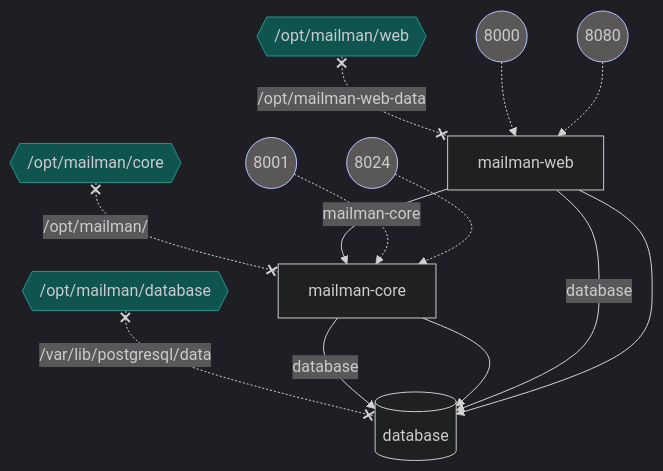
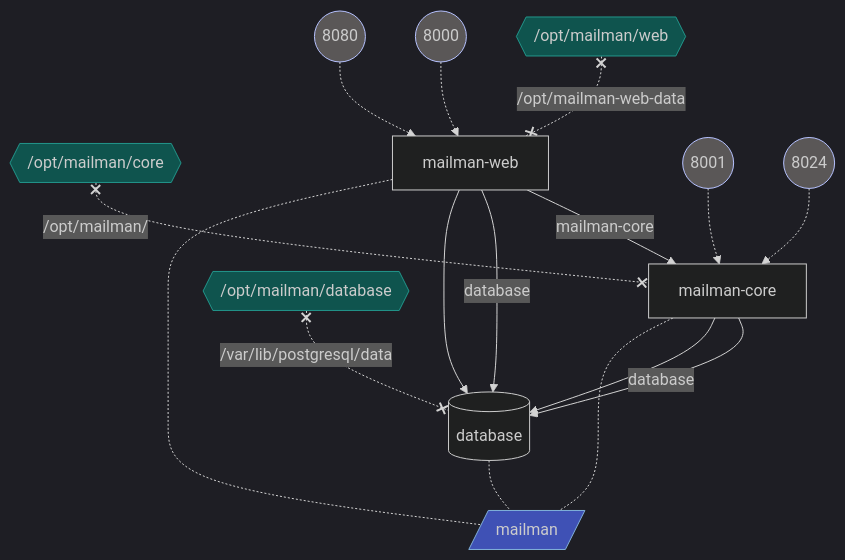
One commit to derlin/docker-compose-viz-mermaid changed the diagram in docs/_includes/generated/mailman-dark.md. Above: the diagram before and after it, drawn with Mermaid. The commit also changed 43 other files, not shown here.

````diff
--- a/docs/_includes/generated/mailman-dark.md
+++ b/docs/_includes/generated/mailman-dark.md
@@ -1,21 +1,26 @@
 ```mermaid
 %%{init: {'theme': 'dark'}}%%
 flowchart TB
   Voptmailmancore{{/opt/mailman/core}} x-. /opt/mailman/ .-x mailmancore[mailman-core]
   Voptmailmanweb{{/opt/mailman/web}} x-. /opt/mailman-web-data .-x mailmanweb[mailman-web]
   Voptmailmandatabase{{/opt/mailman/database}} x-. /var/lib/postgresql/data .-x database[(database)]
   mailmancore -- database --> database
   mailmancore --> database
   mailmanweb -- mailman-core --> mailmancore
   mailmanweb -- database --> database
   mailmanweb --> database
   P0((8001)) -.-> mailmancore
   P1((8024)) -.-> mailmancore
   P2((8000)) -.-> mailmanweb
   P3((8080)) -.-> mailmanweb
+  mailmancore -.- mailman[/mailman/]
+  mailmanweb -.- mailman
+  database -.- mailman
 
   classDef volumes fill:#0f544e,stroke:#23968b
   class Voptmailmancore,Voptmailmanweb,Voptmailmandatabase volumes
   classDef ports fill:#5a5757,stroke:#b6c2ff
   class P0,P1,P2,P3 ports
+  classDef nets fill:#3f51b5,stroke:#81B1DB
+  class mailman nets
 ```
````
